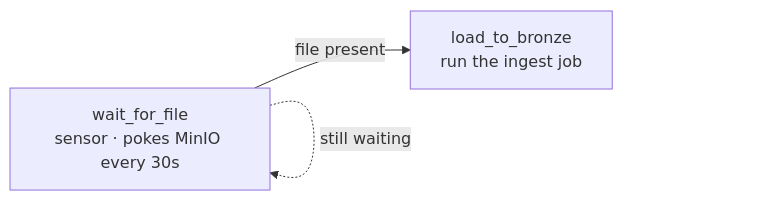
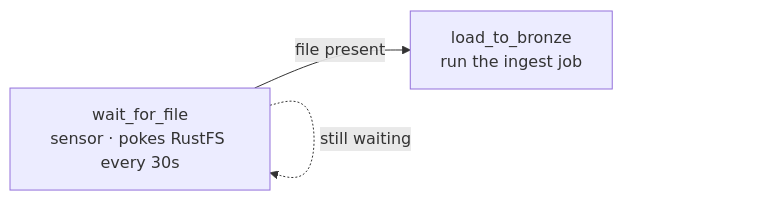
Before and after one commit to maarthala/databrick-local-simulator: the diagram in training/docs/recipes/file-trigger.md, drawn with Mermaid. The commit also changed other lines of this file and 27 other files, not shown here.

````diff
--- a/training/docs/recipes/file-trigger.md
+++ b/training/docs/recipes/file-trigger.md
@@ -23,5 +23,5 @@
 ```mermaid
 flowchart LR
-  S[wait_for_file<br/>sensor · pokes MinIO every 30s] -->|file present| L[load_to_bronze<br/>run the ingest job]
+  S[wait_for_file<br/>sensor · pokes RustFS every 30s] -->|file present| L[load_to_bronze<br/>run the ingest job]
   S -.still waiting.-> S
 ```
````
